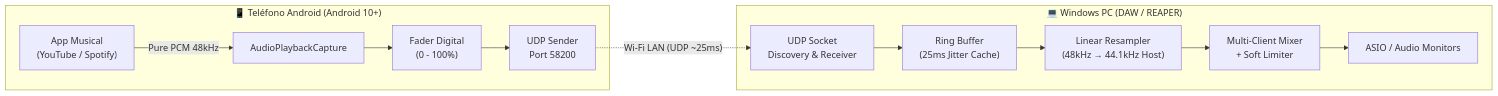
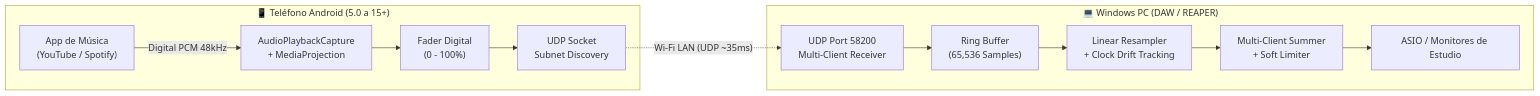
Before and after one commit to llromerorr/VST-without-bluetooth: the diagram in README.md, drawn with Mermaid. The commit also changed other lines of this file and 6 other files, not shown here.

Commit message:
feat: WOB 3.0 official release - Full documentation, anti-drift resampler, universal Android compatibility

````diff
--- a/README.md
+++ b/README.md
@@ -72,17 +76,17 @@
 ```mermaid
 flowchart LR
-    subgraph Android["📱 Teléfono Android (Android 10+)"]
-        App["App Musical\n(YouTube / Spotify)"] -->|"Pure PCM 48kHz"| APC["AudioPlaybackCapture"]
-        APC --> Gain["Fader Digital\n(0 - 100%)"]
-        Gain --> UDP_Send["UDP Sender\nPort 58200"]
+    subgraph Android["📱 Teléfono Android (5.0 a 15+)"]
+        App["App de Música\n(YouTube / Spotify)"] -->|"Digital PCM 48kHz"| APC["AudioPlaybackCapture\n+ MediaProjection"]
+        APC --> Fader["Fader Digital\n(0 - 100%)"]
+        Fader --> UDP_Send["UDP Socket\nSubnet Discovery"]
     end
 
-    UDP_Send -. "Wi-Fi LAN (UDP ~25ms)" .-> UDP_Recv
+    UDP_Send -. "Wi-Fi LAN (UDP ~35ms)" .-> UDP_Recv
 
     subgraph PC["💻 Windows PC (DAW / REAPER)"]
-        UDP_Recv["UDP Socket\nDiscovery & Receiver"] --> Ring["Ring Buffer\n(25ms Jitter Cache)"]
-        Ring --> Resampler["Linear Resampler\n(48kHz → 44.1kHz Host)"]
-        Resampler --> Limiter["Multi-Client Mixer\n+ Soft Limiter"]
-        Limiter --> ASIO["ASIO / Audio Monitors"]
+        UDP_Recv["UDP Port 58200\nMulti-Client Receiver"] --> Ring["Ring Buffer\n(65,536 Samples)"]
+        Ring --> Resampler["Linear Resampler\n+ Clock Drift Tracking"]
+        Resampler --> Mixer["Multi-Client Summer\n+ Soft Limiter"]
+        Mixer --> AudioOut["ASIO / Monitores de Estudio"]
     end
 ```
````
